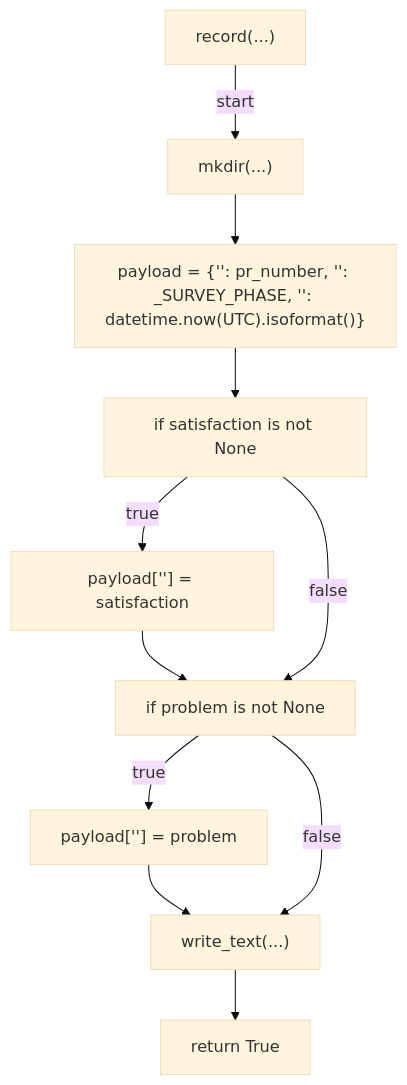
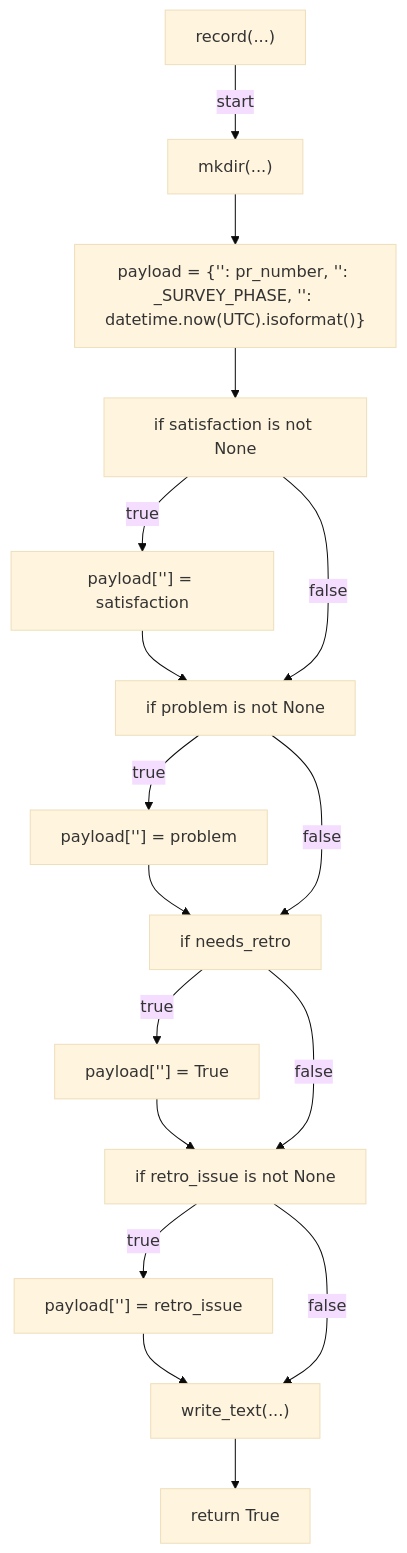
The ninth of 12 diagrams in docs/generated/scripts/ast/gate_handoff_retro_survey_askuserquestion.md (tvna/claude-md), drawn with Mermaid (base theme) before and after one commit. The commit also changed other lines of this file and 2 other files, not shown here.

First line of the commit message:
docs(generated): regenerate decision tree and workflow diagrams

````diff
--- a/docs/generated/scripts/ast/gate_handoff_retro_survey_askuserquestion.md
+++ b/docs/generated/scripts/ast/gate_handoff_retro_survey_askuserquestion.md
@@ -209,22 +209,32 @@
 ```mermaid
 flowchart TD
     N001["record(...)"]
     N002["mkdir(...)"]
     N003["payload = {'<str>': pr_number, '<str>': _SURVEY_PHASE, '<str>': datetime.now(UTC).isoformat()}"]
     N004["if satisfaction is not None"]
     N005["payload['<str>'] = satisfaction"]
     N006["if problem is not None"]
     N007["payload['<str>'] = problem"]
-    N008["write_text(...)"]
-    N009["return True"]
+    N008["if needs_retro"]
+    N009["payload['<str>'] = True"]
+    N010["if retro_issue is not None"]
+    N011["payload['<str>'] = retro_issue"]
+    N012["write_text(...)"]
+    N013["return True"]
     N001 -->|"start"| N002
     N002 --> N003
     N003 --> N004
     N004 -->|"true"| N005
     N005 --> N006
     N004 -->|"false"| N006
     N006 -->|"true"| N007
     N007 --> N008
     N006 -->|"false"| N008
-    N008 --> N009
+    N008 -->|"true"| N009
+    N009 --> N010
+    N008 -->|"false"| N010
+    N010 -->|"true"| N011
+    N011 --> N012
+    N010 -->|"false"| N012
+    N012 --> N013
 ```
````
